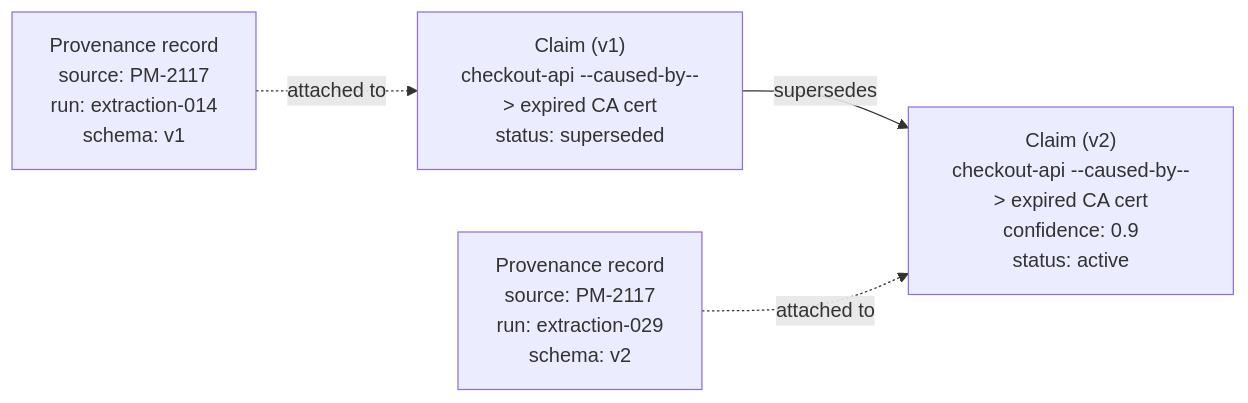
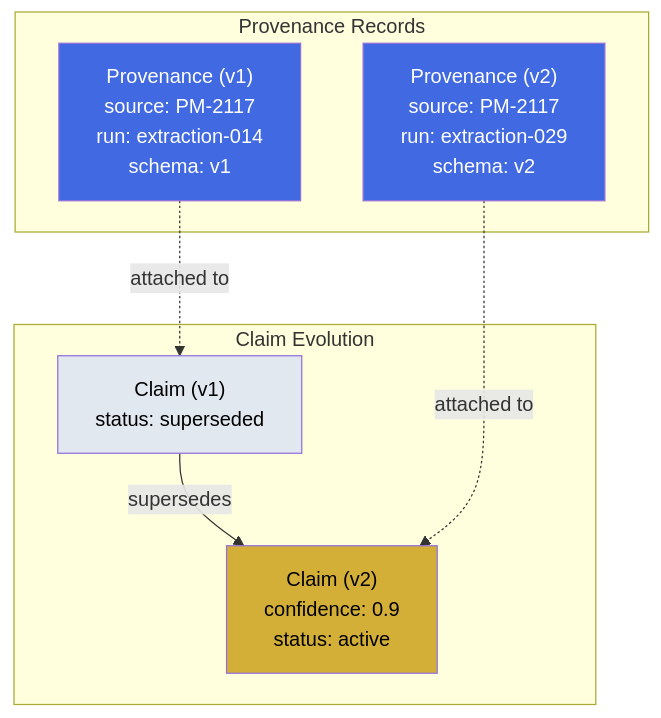
Before and after one commit to ayeshakhalid192007-dev/graph-engineering-crash-course: the diagram in docs/05-part-3-the-graph-of-facts/step-8-provenance-every-claim-keeps-a-receipt.md, drawn with Mermaid. The commit also changed 17 other files, not shown here.

First line of the commit message:
Add Mermaid diagrams to core documentation files

````diff
--- a/docs/05-part-3-the-graph-of-facts/step-8-provenance-every-claim-keeps-a-receipt.md
+++ b/docs/05-part-3-the-graph-of-facts/step-8-provenance-every-claim-keeps-a-receipt.md
@@ -40,6 +40,23 @@
 ```mermaid
-flowchart LR
-    V1["Claim (v1)<br/>checkout-api --caused-by--> expired CA cert<br/>status: superseded"] -- "supersedes" --> V2["Claim (v2)<br/>checkout-api --caused-by--> expired CA cert<br/>confidence: 0.9<br/>status: active"]
-    P1["Provenance record<br/>source: PM-2117<br/>run: extraction-014<br/>schema: v1"] -. "attached to" .-> V1
-    P2["Provenance record<br/>source: PM-2117<br/>run: extraction-029<br/>schema: v2"] -. "attached to" .-> V2
+flowchart TB
+    subgraph "Claim Evolution"
+        V1["Claim (v1)<br/>status: superseded"]
+        V2["Claim (v2)<br/>confidence: 0.9<br/>status: active"]
+
+        V1 -- "supersedes" --> V2
+
+        style V1 fill:#E2E8F0,color:#000000
+        style V2 fill:#D4AF37,color:#000000
+    end
+
+    subgraph "Provenance Records"
+        P1["Provenance (v1)<br/>source: PM-2117<br/>run: extraction-014<br/>schema: v1"]
+        P2["Provenance (v2)<br/>source: PM-2117<br/>run: extraction-029<br/>schema: v2"]
+
+        P1 -. "attached to" .-> V1
+        P2 -. "attached to" .-> V2
+
+        style P1 fill:#4169E1,color:#FFFFFF
+        style P2 fill:#4169E1,color:#FFFFFF
+    end
 ```
````
